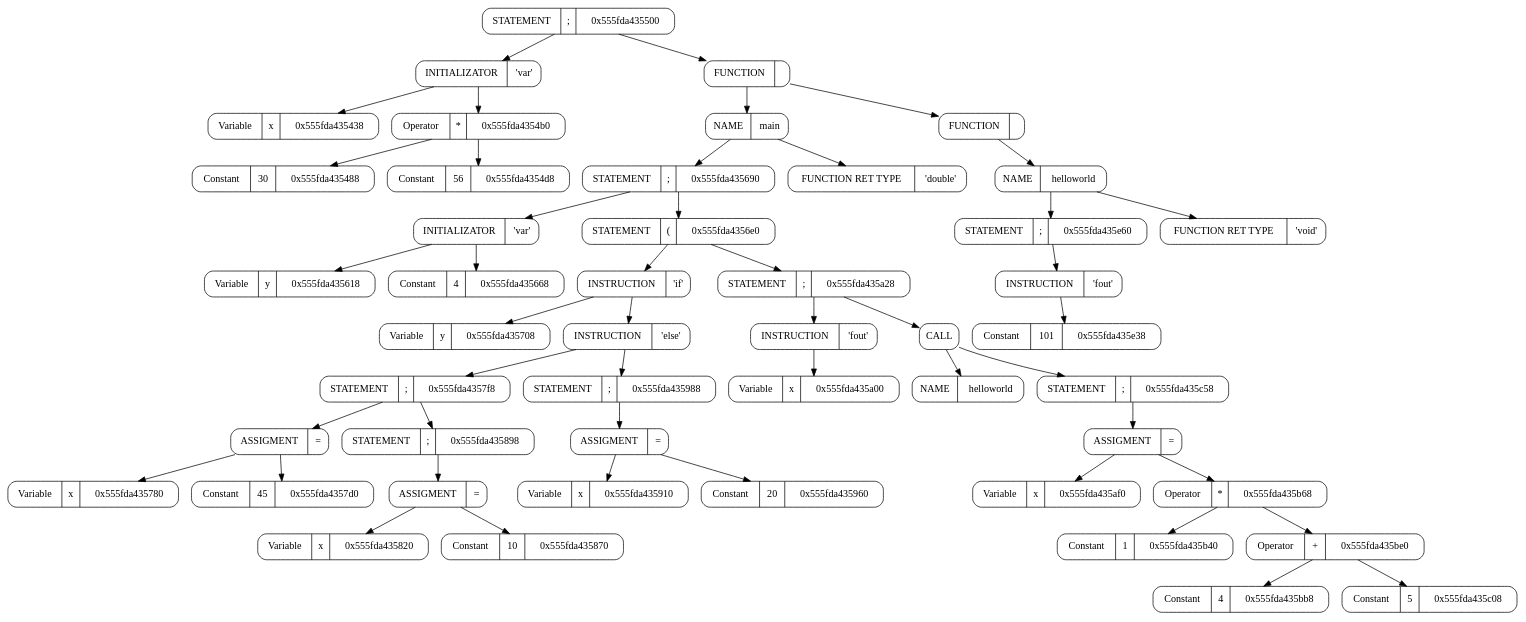
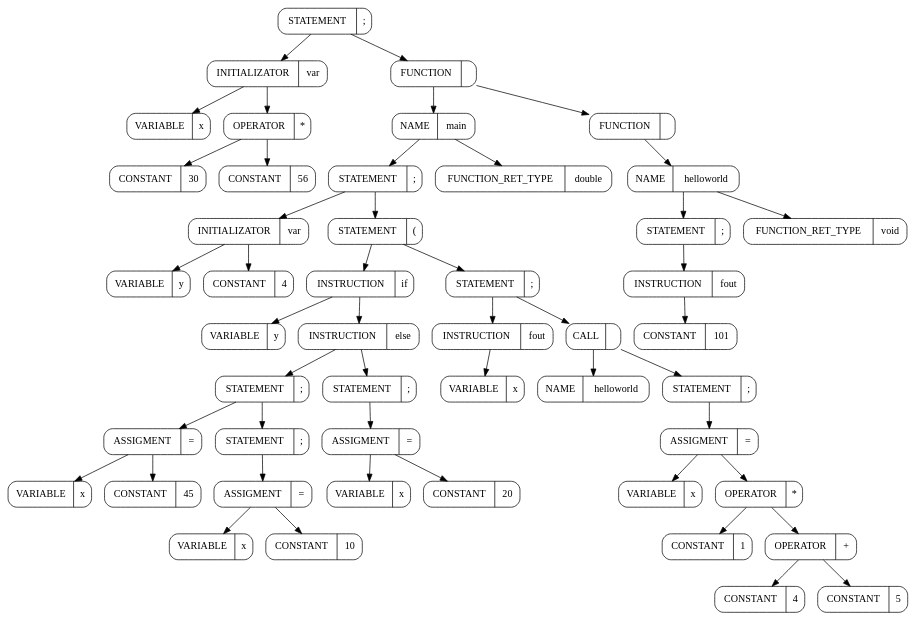
One commit to ArsenySamoylov/Lang changed the diagram in graphics/dot/kek.dot. Above: the diagram before and after it, drawn with Graphviz. The commit also changed 28 other files, not shown here.

```diff
--- a/graphics/dot/kek.dot
+++ b/graphics/dot/kek.dot
@@ -2,176 +2,148 @@
 digraph 
 {
 rankdir = TB # RANKDIR
-		node_0x555fda435500 [shape = Mrecord label =  "STATEMENT   | {;} | {0x555fda435500}"]
-		node_0x555fda435410 [shape = Mrecord label =  "INITIALIZATOR | {'var'}
-
-"]
-		node_0x555fda435500 -> node_0x555fda435410 
-		node_0x555fda435410 [shape = Mrecord label =  "INITIALIZATOR | {'var'}
-
-"]
-		node_0x555fda435438 [shape = Mrecord label =  "Variable | {x} | {0x555fda435438}"]
-		node_0x555fda435410 -> node_0x555fda435438 
-		node_0x555fda435438 [shape = Mrecord label =  "Variable | {x} | {0x555fda435438}"]
-		node_0x555fda4354b0 [shape = Mrecord label =  "Operator | {*} | {0x555fda4354b0}"]
-		node_0x555fda435410 -> node_0x555fda4354b0 
-		node_0x555fda4354b0 [shape = Mrecord label =  "Operator | {*} | {0x555fda4354b0}"]
-		node_0x555fda435488 [shape = Mrecord label =  "Constant | {30} | {0x555fda435488}"]
-		node_0x555fda4354b0 -> node_0x555fda435488 
-		node_0x555fda435488 [shape = Mrecord label =  "Constant | {30} | {0x555fda435488}"]
-		node_0x555fda4354d8 [shape = Mrecord label =  "Constant | {56} | {0x555fda4354d8}"]
-		node_0x555fda4354b0 -> node_0x555fda4354d8 
-		node_0x555fda4354d8 [shape = Mrecord label =  "Constant | {56} | {0x555fda4354d8}"]
-		node_0x555fda435cf8 [shape = Mrecord label =  "FUNCTION | {}} | {0x555fda435cf8}"]
-		node_0x555fda435500 -> node_0x555fda435cf8 
-		node_0x555fda435cf8 [shape = Mrecord label =  "FUNCTION | {}} | {0x555fda435cf8}"]
-		node_0x555fda434a60 [shape = Mrecord label =  "NAME | {main}
-
-"]
-		node_0x555fda435cf8 -> node_0x555fda434a60 
-		node_0x555fda434a60 [shape = Mrecord label =  "NAME | {main}
-
-"]
-		node_0x555fda435690 [shape = Mrecord label =  "STATEMENT   | {;} | {0x555fda435690}"]
-		node_0x555fda434a60 -> node_0x555fda435690 
-		node_0x555fda435690 [shape = Mrecord label =  "STATEMENT   | {;} | {0x555fda435690}"]
-		node_0x555fda4355f0 [shape = Mrecord label =  "INITIALIZATOR | {'var'}
-
-"]
-		node_0x555fda435690 -> node_0x555fda4355f0 
-		node_0x555fda4355f0 [shape = Mrecord label =  "INITIALIZATOR | {'var'}
-
-"]
-		node_0x555fda435618 [shape = Mrecord label =  "Variable | {y} | {0x555fda435618}"]
-		node_0x555fda4355f0 -> node_0x555fda435618 
-		node_0x555fda435618 [shape = Mrecord label =  "Variable | {y} | {0x555fda435618}"]
-		node_0x555fda435668 [shape = Mrecord label =  "Constant | {4} | {0x555fda435668}"]
-		node_0x555fda4355f0 -> node_0x555fda435668 
-		node_0x555fda435668 [shape = Mrecord label =  "Constant | {4} | {0x555fda435668}"]
-		node_0x555fda4356e0 [shape = Mrecord label =  "STATEMENT   | {(} | {0x555fda4356e0}"]
-		node_0x555fda435690 -> node_0x555fda4356e0 
-		node_0x555fda4356e0 [shape = Mrecord label =  "STATEMENT   | {(} | {0x555fda4356e0}"]
-		node_0x555fda4356b8 [shape = Mrecord label =  "INSTRUCTION | {'if'} "]
-		node_0x555fda4356e0 -> node_0x555fda4356b8 
-		node_0x555fda4356b8 [shape = Mrecord label =  "INSTRUCTION | {'if'} "]
-		node_0x555fda435708 [shape = Mrecord label =  "Variable | {y} | {0x555fda435708}"]
-		node_0x555fda4356b8 -> node_0x555fda435708 
-		node_0x555fda435708 [shape = Mrecord label =  "Variable | {y} | {0x555fda435708}"]
-		node_0x555fda4358e8 [shape = Mrecord label =  "INSTRUCTION | {'else'} "]
-		node_0x555fda4356b8 -> node_0x555fda4358e8 
-		node_0x555fda4358e8 [shape = Mrecord label =  "INSTRUCTION | {'else'} "]
-		node_0x555fda4357f8 [shape = Mrecord label =  "STATEMENT   | {;} | {0x555fda4357f8}"]
-		node_0x555fda4358e8 -> node_0x555fda4357f8 
-		node_0x555fda4357f8 [shape = Mrecord label =  "STATEMENT   | {;} | {0x555fda4357f8}"]
-		node_0x555fda4357a8 [shape = Mrecord label =  "ASSIGMENT | {=}"]
-		node_0x555fda4357f8 -> node_0x555fda4357a8 
-		node_0x555fda4357a8 [shape = Mrecord label =  "ASSIGMENT | {=}"]
-		node_0x555fda435780 [shape = Mrecord label =  "Variable | {x} | {0x555fda435780}"]
-		node_0x555fda4357a8 -> node_0x555fda435780 
-		node_0x555fda435780 [shape = Mrecord label =  "Variable | {x} | {0x555fda435780}"]
-		node_0x555fda4357d0 [shape = Mrecord label =  "Constant | {45} | {0x555fda4357d0}"]
-		node_0x555fda4357a8 -> node_0x555fda4357d0 
-		node_0x555fda4357d0 [shape = Mrecord label =  "Constant | {45} | {0x555fda4357d0}"]
-		node_0x555fda435898 [shape = Mrecord label =  "STATEMENT   | {;} | {0x555fda435898}"]
-		node_0x555fda4357f8 -> node_0x555fda435898 
-		node_0x555fda435898 [shape = Mrecord label =  "STATEMENT   | {;} | {0x555fda435898}"]
-		node_0x555fda435848 [shape = Mrecord label =  "ASSIGMENT | {=}"]
-		node_0x555fda435898 -> node_0x555fda435848 
-		node_0x555fda435848 [shape = Mrecord label =  "ASSIGMENT | {=}"]
-		node_0x555fda435820 [shape = Mrecord label =  "Variable | {x} | {0x555fda435820}"]
-		node_0x555fda435848 -> node_0x555fda435820 
-		node_0x555fda435820 [shape = Mrecord label =  "Variable | {x} | {0x555fda435820}"]
-		node_0x555fda435870 [shape = Mrecord label =  "Constant | {10} | {0x555fda435870}"]
-		node_0x555fda435848 -> node_0x555fda435870 
-		node_0x555fda435870 [shape = Mrecord label =  "Constant | {10} | {0x555fda435870}"]
-		node_0x555fda435988 [shape = Mrecord label =  "STATEMENT   | {;} | {0x555fda435988}"]
-		node_0x555fda4358e8 -> node_0x555fda435988 
-		node_0x555fda435988 [shape = Mrecord label =  "STATEMENT   | {;} | {0x555fda435988}"]
-		node_0x555fda435938 [shape = Mrecord label =  "ASSIGMENT | {=}"]
-		node_0x555fda435988 -> node_0x555fda435938 
-		node_0x555fda435938 [shape = Mrecord label =  "ASSIGMENT | {=}"]
-		node_0x555fda435910 [shape = Mrecord label =  "Variable | {x} | {0x555fda435910}"]
-		node_0x555fda435938 -> node_0x555fda435910 
-		node_0x555fda435910 [shape = Mrecord label =  "Variable | {x} | {0x555fda435910}"]
-		node_0x555fda435960 [shape = Mrecord label =  "Constant | {20} | {0x555fda435960}"]
-		node_0x555fda435938 -> node_0x555fda435960 
-		node_0x555fda435960 [shape = Mrecord label =  "Constant | {20} | {0x555fda435960}"]
-		node_0x555fda435a28 [shape = Mrecord label =  "STATEMENT   | {;} | {0x555fda435a28}"]
-		node_0x555fda4356e0 -> node_0x555fda435a28 
-		node_0x555fda435a28 [shape = Mrecord label =  "STATEMENT   | {;} | {0x555fda435a28}"]
-		node_0x555fda4359b0 [shape = Mrecord label =  "INSTRUCTION | {'fout'} "]
-		node_0x555fda435a28 -> node_0x555fda4359b0 
-		node_0x555fda4359b0 [shape = Mrecord label =  "INSTRUCTION | {'fout'} "]
-		node_0x555fda435a00 [shape = Mrecord label =  "Variable | {x} | {0x555fda435a00}"]
-		node_0x555fda4359b0 -> node_0x555fda435a00 
-		node_0x555fda435a00 [shape = Mrecord label =  "Variable | {x} | {0x555fda435a00}"]
-		node_0x555fda434a30 [shape = Mrecord label =  "CALL "]
-		node_0x555fda435a28 -> node_0x555fda434a30 
-		node_0x555fda434a30 [shape = Mrecord label =  "CALL "]
-		node_0x555fda435a50 [shape = Mrecord label =  "NAME | {helloworld}
-
-"]
-		node_0x555fda434a30 -> node_0x555fda435a50 
-		node_0x555fda435a50 [shape = Mrecord label =  "NAME | {helloworld}
-
-"]
-		node_0x555fda435c58 [shape = Mrecord label =  "STATEMENT   | {;} | {0x555fda435c58}"]
-		node_0x555fda434a30 -> node_0x555fda435c58 
-		node_0x555fda435c58 [shape = Mrecord label =  "STATEMENT   | {;} | {0x555fda435c58}"]
-		node_0x555fda435b18 [shape = Mrecord label =  "ASSIGMENT | {=}"]
-		node_0x555fda435c58 -> node_0x555fda435b18 
-		node_0x555fda435b18 [shape = Mrecord label =  "ASSIGMENT | {=}"]
-		node_0x555fda435af0 [shape = Mrecord label =  "Variable | {x} | {0x555fda435af0}"]
-		node_0x555fda435b18 -> node_0x555fda435af0 
-		node_0x555fda435af0 [shape = Mrecord label =  "Variable | {x} | {0x555fda435af0}"]
-		node_0x555fda435b68 [shape = Mrecord label =  "Operator | {*} | {0x555fda435b68}"]
-		node_0x555fda435b18 -> node_0x555fda435b68 
-		node_0x555fda435b68 [shape = Mrecord label =  "Operator | {*} | {0x555fda435b68}"]
-		node_0x555fda435b40 [shape = Mrecord label =  "Constant | {1} | {0x555fda435b40}"]
-		node_0x555fda435b68 -> node_0x555fda435b40 
-		node_0x555fda435b40 [shape = Mrecord label =  "Constant | {1} | {0x555fda435b40}"]
-		node_0x555fda435be0 [shape = Mrecord label =  "Operator | {+} | {0x555fda435be0}"]
-		node_0x555fda435b68 -> node_0x555fda435be0 
-		node_0x555fda435be0 [shape = Mrecord label =  "Operator | {+} | {0x555fda435be0}"]
-		node_0x555fda435bb8 [shape = Mrecord label =  "Constant | {4} | {0x555fda435bb8}"]
-		node_0x555fda435be0 -> node_0x555fda435bb8 
-		node_0x555fda435bb8 [shape = Mrecord label =  "Constant | {4} | {0x555fda435bb8}"]
-		node_0x555fda435c08 [shape = Mrecord label =  "Constant | {5} | {0x555fda435c08}"]
-		node_0x555fda435be0 -> node_0x555fda435c08 
-		node_0x555fda435c08 [shape = Mrecord label =  "Constant | {5} | {0x555fda435c08}"]
-		node_0x555fda434a90 [shape = Mrecord label =  "FUNCTION RET TYPE | {'double'}
-
-"]
-		node_0x555fda434a60 -> node_0x555fda434a90 
-		node_0x555fda434a90 [shape = Mrecord label =  "FUNCTION RET TYPE | {'double'}
-
-"]
-		node_0x555fda435ed8 [shape = Mrecord label =  "FUNCTION | {}} | {0x555fda435ed8}"]
-		node_0x555fda435cf8 -> node_0x555fda435ed8 
-		node_0x555fda435ed8 [shape = Mrecord label =  "FUNCTION | {}} | {0x555fda435ed8}"]
-		node_0x555fda434af0 [shape = Mrecord label =  "NAME | {helloworld}
-
-"]
-		node_0x555fda435ed8 -> node_0x555fda434af0 
-		node_0x555fda434af0 [shape = Mrecord label =  "NAME | {helloworld}
-
-"]
-		node_0x555fda435e60 [shape = Mrecord label =  "STATEMENT   | {;} | {0x555fda435e60}"]
-		node_0x555fda434af0 -> node_0x555fda435e60 
-		node_0x555fda435e60 [shape = Mrecord label =  "STATEMENT   | {;} | {0x555fda435e60}"]
-		node_0x555fda435de8 [shape = Mrecord label =  "INSTRUCTION | {'fout'} "]
-		node_0x555fda435e60 -> node_0x555fda435de8 
-		node_0x555fda435de8 [shape = Mrecord label =  "INSTRUCTION | {'fout'} "]
-		node_0x555fda435e38 [shape = Mrecord label =  "Constant | {101} | {0x555fda435e38}"]
-		node_0x555fda435de8 -> node_0x555fda435e38 
-		node_0x555fda435e38 [shape = Mrecord label =  "Constant | {101} | {0x555fda435e38}"]
-		node_0x555fda434b20 [shape = Mrecord label =  "FUNCTION RET TYPE | {'void'}
-
-"]
-		node_0x555fda434af0 -> node_0x555fda434b20 
-		node_0x555fda434b20 [shape = Mrecord label =  "FUNCTION RET TYPE | {'void'}
-
-"]
+		node_0x564daeaed500 [shape = Mrecord label =  "STATEMENT | {;}"]
+		node_0x564daeaed410 [shape = Mrecord label =  "INITIALIZATOR | {var}"]
+		node_0x564daeaed500 -> node_0x564daeaed410 
+		node_0x564daeaed410 [shape = Mrecord label =  "INITIALIZATOR | {var}"]
+		node_0x564daeaed438 [shape = Mrecord label =  "VARIABLE | {x}"]
+		node_0x564daeaed410 -> node_0x564daeaed438 
+		node_0x564daeaed438 [shape = Mrecord label =  "VARIABLE | {x}"]
+		node_0x564daeaed4b0 [shape = Mrecord label =  "OPERATOR | {*}"]
+		node_0x564daeaed410 -> node_0x564daeaed4b0 
+		node_0x564daeaed4b0 [shape = Mrecord label =  "OPERATOR | {*}"]
+		node_0x564daeaed488 [shape = Mrecord label =  "CONSTANT | {30}"]
+		node_0x564daeaed4b0 -> node_0x564daeaed488 
+		node_0x564daeaed488 [shape = Mrecord label =  "CONSTANT | {30}"]
+		node_0x564daeaed4d8 [shape = Mrecord label =  "CONSTANT | {56}"]
+		node_0x564daeaed4b0 -> node_0x564daeaed4d8 
+		node_0x564daeaed4d8 [shape = Mrecord label =  "CONSTANT | {56}"]
+		node_0x564daeaedcf8 [shape = Mrecord label =  "FUNCTION | {}}"]
+		node_0x564daeaed500 -> node_0x564daeaedcf8 
+		node_0x564daeaedcf8 [shape = Mrecord label =  "FUNCTION | {}}"]
+		node_0x564daeaeca60 [shape = Mrecord label =  "NAME | {main}"]
+		node_0x564daeaedcf8 -> node_0x564daeaeca60 
+		node_0x564daeaeca60 [shape = Mrecord label =  "NAME | {main}"]
+		node_0x564daeaed690 [shape = Mrecord label =  "STATEMENT | {;}"]
+		node_0x564daeaeca60 -> node_0x564daeaed690 
+		node_0x564daeaed690 [shape = Mrecord label =  "STATEMENT | {;}"]
+		node_0x564daeaed5f0 [shape = Mrecord label =  "INITIALIZATOR | {var}"]
+		node_0x564daeaed690 -> node_0x564daeaed5f0 
+		node_0x564daeaed5f0 [shape = Mrecord label =  "INITIALIZATOR | {var}"]
+		node_0x564daeaed618 [shape = Mrecord label =  "VARIABLE | {y}"]
+		node_0x564daeaed5f0 -> node_0x564daeaed618 
+		node_0x564daeaed618 [shape = Mrecord label =  "VARIABLE | {y}"]
+		node_0x564daeaed668 [shape = Mrecord label =  "CONSTANT | {4}"]
+		node_0x564daeaed5f0 -> node_0x564daeaed668 
+		node_0x564daeaed668 [shape = Mrecord label =  "CONSTANT | {4}"]
+		node_0x564daeaed6e0 [shape = Mrecord label =  "STATEMENT | {(}"]
+		node_0x564daeaed690 -> node_0x564daeaed6e0 
+		node_0x564daeaed6e0 [shape = Mrecord label =  "STATEMENT | {(}"]
+		node_0x564daeaed6b8 [shape = Mrecord label =  "INSTRUCTION | {if}"]
+		node_0x564daeaed6e0 -> node_0x564daeaed6b8 
+		node_0x564daeaed6b8 [shape = Mrecord label =  "INSTRUCTION | {if}"]
+		node_0x564daeaed708 [shape = Mrecord label =  "VARIABLE | {y}"]
+		node_0x564daeaed6b8 -> node_0x564daeaed708 
+		node_0x564daeaed708 [shape = Mrecord label =  "VARIABLE | {y}"]
+		node_0x564daeaed8e8 [shape = Mrecord label =  "INSTRUCTION | {else}"]
+		node_0x564daeaed6b8 -> node_0x564daeaed8e8 
+		node_0x564daeaed8e8 [shape = Mrecord label =  "INSTRUCTION | {else}"]
+		node_0x564daeaed7f8 [shape = Mrecord label =  "STATEMENT | {;}"]
+		node_0x564daeaed8e8 -> node_0x564daeaed7f8 
+		node_0x564daeaed7f8 [shape = Mrecord label =  "STATEMENT | {;}"]
+		node_0x564daeaed7a8 [shape = Mrecord label =  "ASSIGMENT | {=}"]
+		node_0x564daeaed7f8 -> node_0x564daeaed7a8 
+		node_0x564daeaed7a8 [shape = Mrecord label =  "ASSIGMENT | {=}"]
+		node_0x564daeaed780 [shape = Mrecord label =  "VARIABLE | {x}"]
+		node_0x564daeaed7a8 -> node_0x564daeaed780 
+		node_0x564daeaed780 [shape = Mrecord label =  "VARIABLE | {x}"]
+		node_0x564daeaed7d0 [shape = Mrecord label =  "CONSTANT | {45}"]
+		node_0x564daeaed7a8 -> node_0x564daeaed7d0 
+		node_0x564daeaed7d0 [shape = Mrecord label =  "CONSTANT | {45}"]
+		node_0x564daeaed898 [shape = Mrecord label =  "STATEMENT | {;}"]
+		node_0x564daeaed7f8 -> node_0x564daeaed898 
+		node_0x564daeaed898 [shape = Mrecord label =  "STATEMENT | {;}"]
+		node_0x564daeaed848 [shape = Mrecord label =  "ASSIGMENT | {=}"]
+		node_0x564daeaed898 -> node_0x564daeaed848 
+		node_0x564daeaed848 [shape = Mrecord label =  "ASSIGMENT | {=}"]
+		node_0x564daeaed820 [shape = Mrecord label =  "VARIABLE | {x}"]
+		node_0x564daeaed848 -> node_0x564daeaed820 
+		node_0x564daeaed820 [shape = Mrecord label =  "VARIABLE | {x}"]
+		node_0x564daeaed870 [shape = Mrecord label =  "CONSTANT | {10}"]
+		node_0x564daeaed848 -> node_0x564daeaed870 
+		node_0x564daeaed870 [shape = Mrecord label =  "CONSTANT | {10}"]
+		node_0x564daeaed988 [shape = Mrecord label =  "STATEMENT | {;}"]
+		node_0x564daeaed8e8 -> node_0x564daeaed988 
+		node_0x564daeaed988 [shape = Mrecord label =  "STATEMENT | {;}"]
+		node_0x564daeaed938 [shape = Mrecord label =  "ASSIGMENT | {=}"]
+		node_0x564daeaed988 -> node_0x564daeaed938 
+		node_0x564daeaed938 [shape = Mrecord label =  "ASSIGMENT | {=}"]
+		node_0x564daeaed910 [shape = Mrecord label =  "VARIABLE | {x}"]
+		node_0x564daeaed938 -> node_0x564daeaed910 
+		node_0x564daeaed910 [shape = Mrecord label =  "VARIABLE | {x}"]
+		node_0x564daeaed960 [shape = Mrecord label =  "CONSTANT | {20}"]
+		node_0x564daeaed938 -> node_0x564daeaed960 
+		node_0x564daeaed960 [shape = Mrecord label =  "CONSTANT | {20}"]
+		node_0x564daeaeda28 [shape = Mrecord label =  "STATEMENT | {;}"]
+		node_0x564daeaed6e0 -> node_0x564daeaeda28 
+		node_0x564daeaeda28 [shape = Mrecord label =  "STATEMENT | {;}"]
+		node_0x564daeaed9b0 [shape = Mrecord label =  "INSTRUCTION | {fout}"]
+		node_0x564daeaeda28 -> node_0x564daeaed9b0 
+		node_0x564daeaed9b0 [shape = Mrecord label =  "INSTRUCTION | {fout}"]
+		node_0x564daeaeda00 [shape = Mrecord label =  "VARIABLE | {x}"]
+		node_0x564daeaed9b0 -> node_0x564daeaeda00 
+		node_0x564daeaeda00 [shape = Mrecord label =  "VARIABLE | {x}"]
+		node_0x564daeaeca30 [shape = Mrecord label =  "CALL | { }"]
+		node_0x564daeaeda28 -> node_0x564daeaeca30 
+		node_0x564daeaeca30 [shape = Mrecord label =  "CALL | { }"]
+		node_0x564daeaeda50 [shape = Mrecord label =  "NAME | {helloworld}"]
+		node_0x564daeaeca30 -> node_0x564daeaeda50 
+		node_0x564daeaeda50 [shape = Mrecord label =  "NAME | {helloworld}"]
+		node_0x564daeaedc58 [shape = Mrecord label =  "STATEMENT | {;}"]
+		node_0x564daeaeca30 -> node_0x564daeaedc58 
+		node_0x564daeaedc58 [shape = Mrecord label =  "STATEMENT | {;}"]
+		node_0x564daeaedb18 [shape = Mrecord label =  "ASSIGMENT | {=}"]
+		node_0x564daeaedc58 -> node_0x564daeaedb18 
+		node_0x564daeaedb18 [shape = Mrecord label =  "ASSIGMENT | {=}"]
+		node_0x564daeaedaf0 [shape = Mrecord label =  "VARIABLE | {x}"]
+		node_0x564daeaedb18 -> node_0x564daeaedaf0 
+		node_0x564daeaedaf0 [shape = Mrecord label =  "VARIABLE | {x}"]
+		node_0x564daeaedb68 [shape = Mrecord label =  "OPERATOR | {*}"]
+		node_0x564daeaedb18 -> node_0x564daeaedb68 
+		node_0x564daeaedb68 [shape = Mrecord label =  "OPERATOR | {*}"]
+		node_0x564daeaedb40 [shape = Mrecord label =  "CONSTANT | {1}"]
+		node_0x564daeaedb68 -> node_0x564daeaedb40 
+		node_0x564daeaedb40 [shape = Mrecord label =  "CONSTANT | {1}"]
+		node_0x564daeaedbe0 [shape = Mrecord label =  "OPERATOR | {+}"]
+		node_0x564daeaedb68 -> node_0x564daeaedbe0 
+		node_0x564daeaedbe0 [shape = Mrecord label =  "OPERATOR | {+}"]
+		node_0x564daeaedbb8 [shape = Mrecord label =  "CONSTANT | {4}"]
+		node_0x564daeaedbe0 -> node_0x564daeaedbb8 
+		node_0x564daeaedbb8 [shape = Mrecord label =  "CONSTANT | {4}"]
+		node_0x564daeaedc08 [shape = Mrecord label =  "CONSTANT | {5}"]
+		node_0x564daeaedbe0 -> node_0x564daeaedc08 
+		node_0x564daeaedc08 [shape = Mrecord label =  "CONSTANT | {5}"]
+		node_0x564daeaeca90 [shape = Mrecord label =  "FUNCTION_RET_TYPE | {double}"]
+		node_0x564daeaeca60 -> node_0x564daeaeca90 
+		node_0x564daeaeca90 [shape = Mrecord label =  "FUNCTION_RET_TYPE | {double}"]
+		node_0x564daeaeded8 [shape = Mrecord label =  "FUNCTION | {}}"]
+		node_0x564daeaedcf8 -> node_0x564daeaeded8 
+		node_0x564daeaeded8 [shape = Mrecord label =  "FUNCTION | {}}"]
+		node_0x564daeaecaf0 [shape = Mrecord label =  "NAME | {helloworld}"]
+		node_0x564daeaeded8 -> node_0x564daeaecaf0 
+		node_0x564daeaecaf0 [shape = Mrecord label =  "NAME | {helloworld}"]
+		node_0x564daeaede60 [shape = Mrecord label =  "STATEMENT | {;}"]
+		node_0x564daeaecaf0 -> node_0x564daeaede60 
+		node_0x564daeaede60 [shape = Mrecord label =  "STATEMENT | {;}"]
+		node_0x564daeaedde8 [shape = Mrecord label =  "INSTRUCTION | {fout}"]
+		node_0x564daeaede60 -> node_0x564daeaedde8 
+		node_0x564daeaedde8 [shape = Mrecord label =  "INSTRUCTION | {fout}"]
+		node_0x564daeaede38 [shape = Mrecord label =  "CONSTANT | {101}"]
+		node_0x564daeaedde8 -> node_0x564daeaede38 
+		node_0x564daeaede38 [shape = Mrecord label =  "CONSTANT | {101}"]
+		node_0x564daeaecb20 [shape = Mrecord label =  "FUNCTION_RET_TYPE | {void}"]
+		node_0x564daeaecaf0 -> node_0x564daeaecb20 
+		node_0x564daeaecb20 [shape = Mrecord label =  "FUNCTION_RET_TYPE | {void}"]
 ########################################################### SetEndDot
 
 }
```
